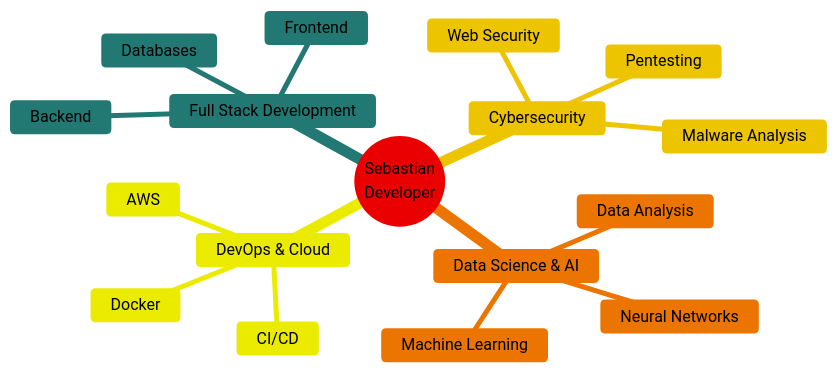
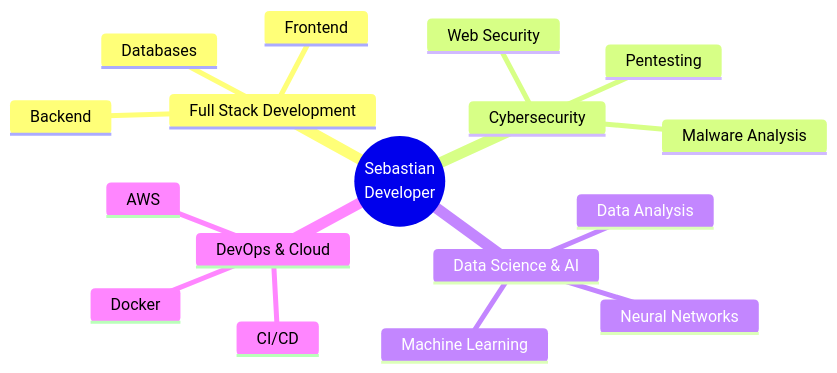
Before and after one commit to devsebastian44/Devsebastian44: the diagram in README.md, drawn with Mermaid.

Commit message:
Version 1

````diff
--- a/README.md
+++ b/README.md
@@ -75,21 +75,21 @@
 ```mermaid
-%%{init: {'theme':'base', 'themeVariables': { 'primaryColor':'#FF6B6B','primaryTextColor':'#000','primaryBorderColor':'#C92A2A','lineColor':'#495057','secondaryColor':'#4ECDC4','tertiaryColor':'#FFE66D','fontSize':'16px','fontFamily':'Aldrich'}}}%%
+%%{init: {'theme':'base', 'themeVariables': { 'primaryColor':'#FF6B6B','primaryTextColor':'#000','primaryBorderColor':'#C92A2A','lineColor':'#495057','secondaryColor':'#4ECDC4','tertiaryColor':'#FFE66D','fontSize':'16px','fontFamily':'Aldrich', sans-serif;}}}%%
 mindmap
   root((Sebastian<br/>Developer))
     Full Stack Development
       Frontend
       Backend
       Databases
     Cybersecurity
       Pentesting
       Malware Analysis
       Web Security
     Data Science & AI
       Machine Learning
       Data Analysis
       Neural Networks
     DevOps & Cloud
       Docker
       AWS
       CI/CD
 ```
````
